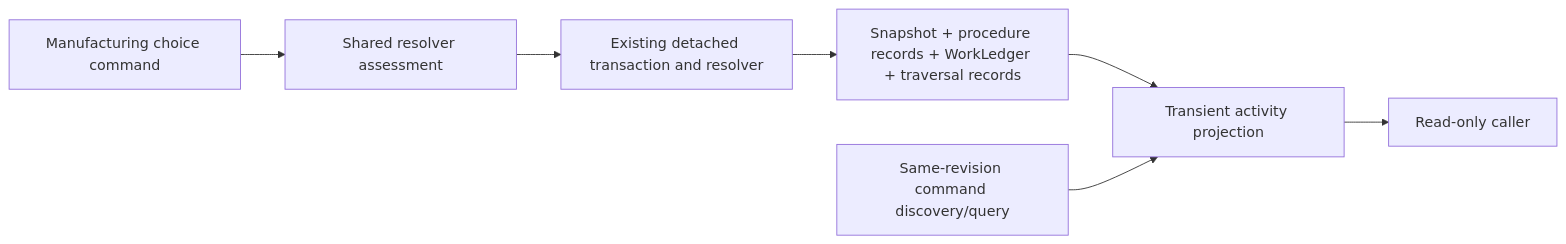
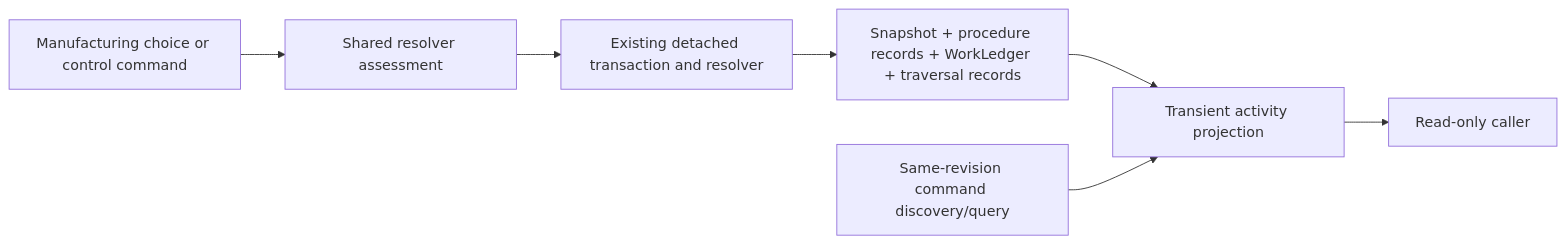
One commit to BordelonDevOps/DecenniumDescent changed the second of 2 diagrams in docs/unity/UNITY_ENGINE_PLAN.md. Above: the diagram before and after it, drawn with Mermaid. The commit also changed other lines of this file and 13 other files, not shown here.

````diff
--- a/docs/unity/UNITY_ENGINE_PLAN.md
+++ b/docs/unity/UNITY_ENGINE_PLAN.md
@@ -55,9 +55,9 @@
 ```mermaid
 flowchart LR
     Snapshot[Snapshot + procedure records + WorkLedger + traversal records] --> Projection[Transient activity projection]
     Discovery[Same-revision command discovery/query] --> Projection
     Projection --> Reader[Read-only caller]
-    Choice[Manufacturing choice command] --> Assess[Shared resolver assessment]
+    Manufacturing[Manufacturing choice or control command] --> Assess[Shared resolver assessment]
     Assess --> Transaction[Existing detached transaction and resolver]
     Transaction --> Snapshot
 ```
````
